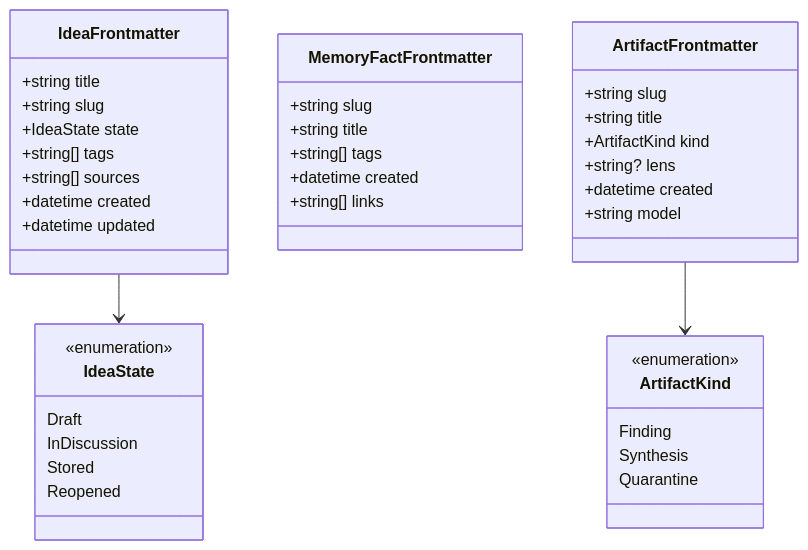
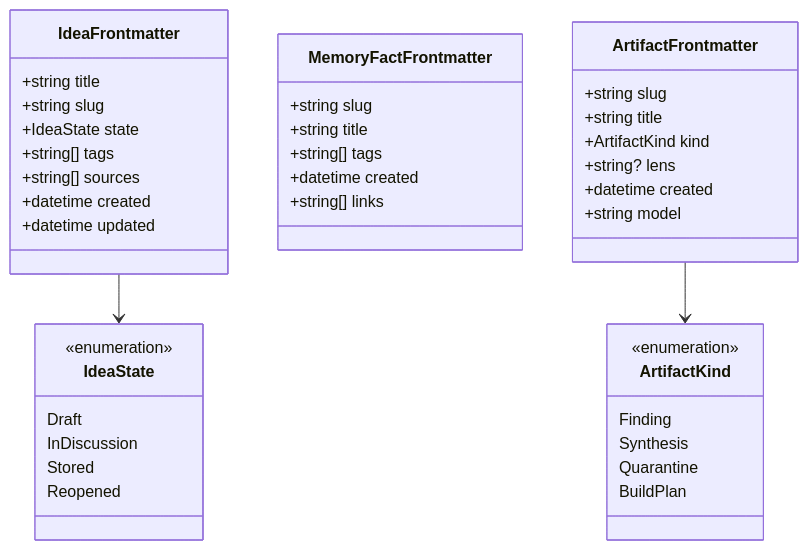
The second of 5 diagrams in docs/03-data-model.md (jasdian/idea-vault), drawn with Mermaid before and after one commit.

Commit message:
docs(data-model): list BuildPlan in the ArtifactKind enumeration

````diff
--- a/docs/03-data-model.md
+++ b/docs/03-data-model.md
@@ -189,42 +189,43 @@
 ```mermaid
 classDiagram
     class IdeaFrontmatter {
         +string title
         +string slug
         +IdeaState state
         +string[] tags
         +string[] sources
         +datetime created
         +datetime updated
     }
     class IdeaState {
         <<enumeration>>
         Draft
         InDiscussion
         Stored
         Reopened
     }
     class MemoryFactFrontmatter {
         +string slug
         +string title
         +string[] tags
         +datetime created
         +string[] links
     }
     class ArtifactFrontmatter {
         +string slug
         +string title
         +ArtifactKind kind
         +string? lens
         +datetime created
         +string model
     }
     class ArtifactKind {
         <<enumeration>>
         Finding
         Synthesis
         Quarantine
+        BuildPlan
     }
     IdeaFrontmatter --> IdeaState
     ArtifactFrontmatter --> ArtifactKind
 ```
````
